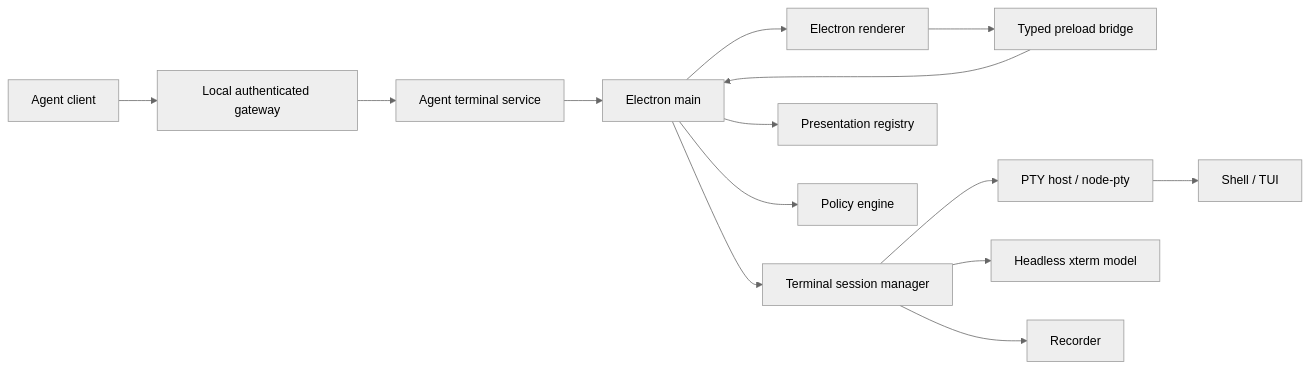
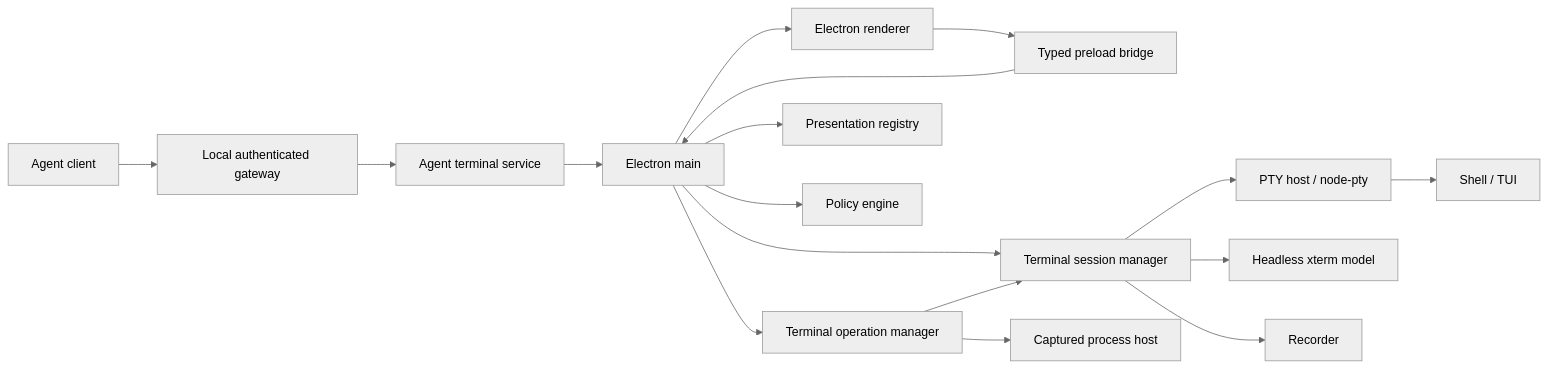
The first of 2 diagrams in docs/specs/terminal-architecture.md (procontexthq/procontext-terminal), drawn with Mermaid (neutral theme) before and after one commit. The commit also changed other lines of this file and 41 other files, not shown here.

````diff
--- a/docs/specs/terminal-architecture.md
+++ b/docs/specs/terminal-architecture.md
@@ -34,16 +34,19 @@
 ```mermaid
 flowchart LR
   Agent["Agent client"] --> Gateway["Local authenticated gateway"]
   Gateway --> Service["Agent terminal service"]
   Renderer["Electron renderer"] --> Preload["Typed preload bridge"]
   Preload --> Main["Electron main"]
   Service --> Main
   Main --> Sessions["Terminal session manager"]
+  Main --> Operations["Terminal operation manager"]
+  Operations --> Sessions
+  Operations --> Captured["Captured process host"]
   Sessions --> PTY["PTY host / node-pty"]
   Sessions --> Model["Headless xterm model"]
   Sessions --> Recorder["Recorder"]
   Main --> Presentation["Presentation registry"]
   Main --> Policy["Policy engine"]
   PTY --> Shell["Shell / TUI"]
   Main --> Renderer
 ```
````
